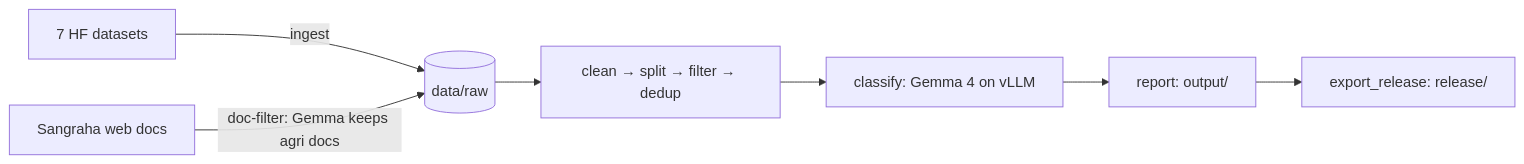
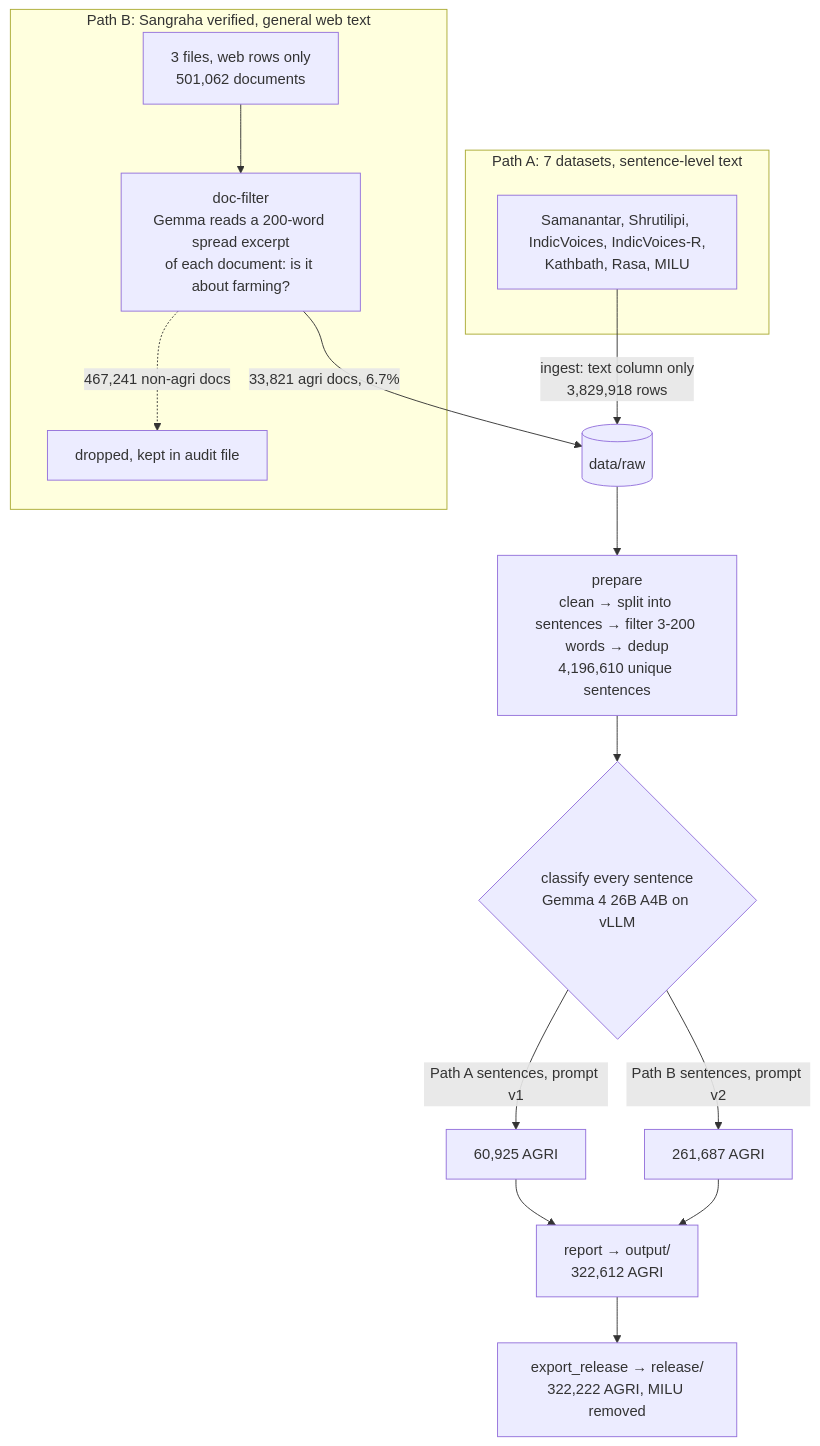
Before and after one commit to COSS-India/Data-collection-pipeline: the diagram in hf-corpus-pipeline/README.md, drawn with Mermaid. The commit also changed other lines of this file and 1 other file, not shown here.

First line of the commit message:
hf-corpus-pipeline: crisper README with pipeline diagram

````diff
--- a/hf-corpus-pipeline/README.md
+++ b/hf-corpus-pipeline/README.md
@@ -151,9 +9,20 @@
 ```mermaid
-flowchart LR
-    S7["7 HF datasets"] -->|"ingest"| R[("data/raw")]
-    SG["Sangraha web docs"] -->|"doc-filter: Gemma keeps agri docs"| R
-    R --> P["clean → split → filter → dedup"]
-    P --> C["classify: Gemma 4 on vLLM"]
-    C --> O["report: output/"]
-    O --> E["export_release: release/"]
+flowchart TD
+    subgraph A["Path A: 7 datasets, sentence-level text"]
+        A1["Samanantar, Shrutilipi, IndicVoices, IndicVoices-R,<br/>Kathbath, Rasa, MILU"]
+    end
+    subgraph B["Path B: Sangraha verified, general web text"]
+        B1["3 files, web rows only<br/>501,062 documents"] --> B2["doc-filter<br/>Gemma reads a 200-word spread excerpt<br/>of each document: is it about farming?"]
+        B2 -.->|"467,241 non-agri docs"| B3["dropped, kept in audit file"]
+    end
+    R[("data/raw")]
+    A1 -->|"ingest: text column only<br/>3,829,918 rows"| R
+    B2 -->|"33,821 agri docs, 6.7%"| R
+    R --> P["prepare<br/>clean → split into sentences → filter 3-200 words → dedup<br/>4,196,610 unique sentences"]
+    P --> C{"classify every sentence<br/>Gemma 4 26B A4B on vLLM"}
+    C -->|"Path A sentences, prompt v1"| L1["60,925 AGRI"]
+    C -->|"Path B sentences, prompt v2"| L2["261,687 AGRI"]
+    L1 --> O["report → output/<br/>322,612 AGRI"]
+    L2 --> O
+    O --> E["export_release → release/<br/>322,222 AGRI, MILU removed"]
 ```
````
